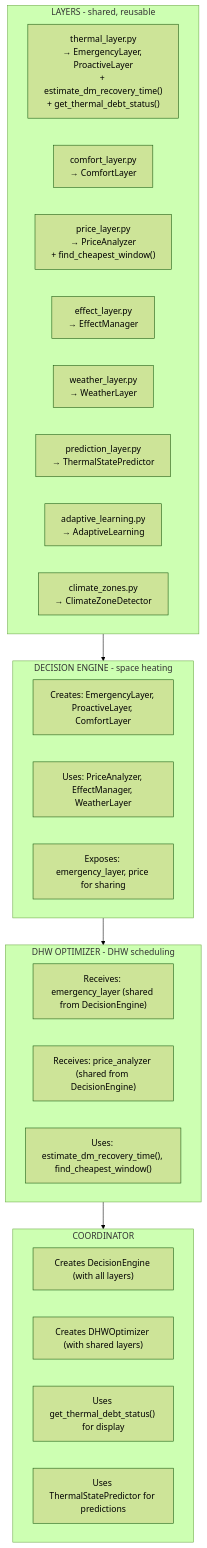
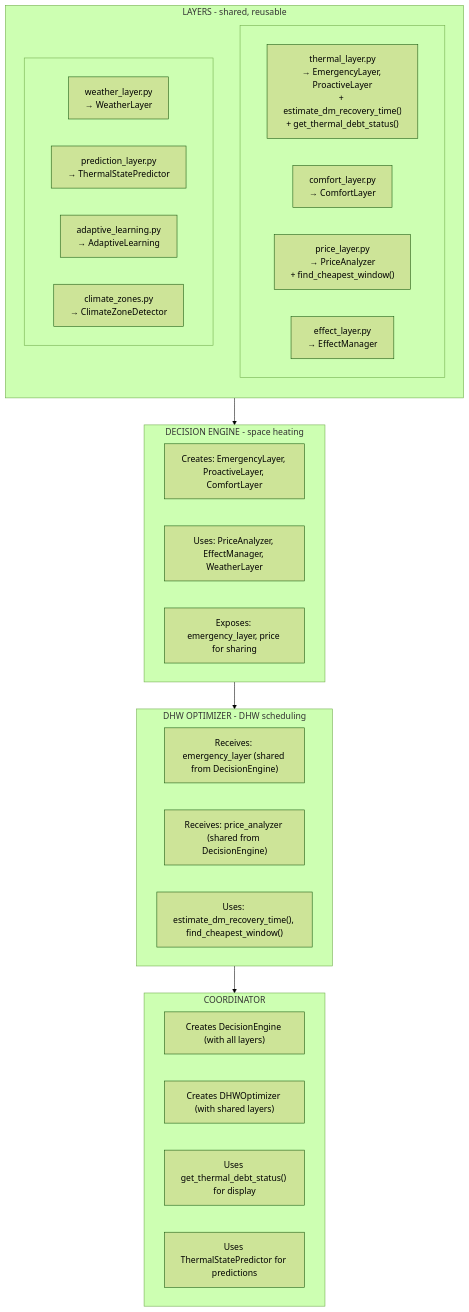
The diagram in docs/architecture/00_overview.md (enoch85/EffektGuard), drawn with Mermaid (forest theme) before and after one commit.

````diff
--- a/docs/architecture/00_overview.md
+++ b/docs/architecture/00_overview.md
@@ -55,39 +55,43 @@
 ```mermaid
 flowchart TB
     subgraph Layers["LAYERS - shared, reusable"]
-        direction LR
-        TL["thermal_layer.py<br/>→ EmergencyLayer, ProactiveLayer<br/>+ estimate_dm_recovery_time#40;#41;<br/>+ get_thermal_debt_status#40;#41;"]
-        CL["comfort_layer.py<br/>→ ComfortLayer"]
-        PrL["price_layer.py<br/>→ PriceAnalyzer<br/>+ find_cheapest_window#40;#41;"]
-        EfL["effect_layer.py<br/>→ EffectManager"]
-        WL["weather_layer.py<br/>→ WeatherLayer"]
-        PredL["prediction_layer.py<br/>→ ThermalStatePredictor"]
-        AL["adaptive_learning.py<br/>→ AdaptiveLearning"]
-        CZ["climate_zones.py<br/>→ ClimateZoneDetector"]
+        direction TB
+        subgraph Row1[" "]
+            TL["thermal_layer.py<br/>→ EmergencyLayer, ProactiveLayer<br/>+ estimate_dm_recovery_time#40;#41;<br/>+ get_thermal_debt_status#40;#41;"]
+            CL["comfort_layer.py<br/>→ ComfortLayer"]
+            PrL["price_layer.py<br/>→ PriceAnalyzer<br/>+ find_cheapest_window#40;#41;"]
+            EfL["effect_layer.py<br/>→ EffectManager"]
+        end
+        subgraph Row2[" "]
+            WL["weather_layer.py<br/>→ WeatherLayer"]
+            PredL["prediction_layer.py<br/>→ ThermalStatePredictor"]
+            AL["adaptive_learning.py<br/>→ AdaptiveLearning"]
+            CZ["climate_zones.py<br/>→ ClimateZoneDetector"]
+        end
     end
 
     Layers --> DE
 
     subgraph DE["DECISION ENGINE - space heating"]
         DE1["Creates: EmergencyLayer, ProactiveLayer, ComfortLayer"]
         DE2["Uses: PriceAnalyzer, EffectManager, WeatherLayer"]
         DE3["Exposes: emergency_layer, price for sharing"]
     end
 
     DE --> DHW
 
     subgraph DHW["DHW OPTIMIZER - DHW scheduling"]
         DHW1["Receives: emergency_layer #40;shared from DecisionEngine#41;"]
         DHW2["Receives: price_analyzer #40;shared from DecisionEngine#41;"]
         DHW3["Uses: estimate_dm_recovery_time#40;#41;, find_cheapest_window#40;#41;"]
     end
 
     DHW --> COORD
 
     subgraph COORD["COORDINATOR"]
         COORD1["Creates DecisionEngine #40;with all layers#41;"]
         COORD2["Creates DHWOptimizer #40;with shared layers#41;"]
         COORD3["Uses get_thermal_debt_status#40;#41; for display"]
         COORD4["Uses ThermalStatePredictor for predictions"]
     end
 ```
````
